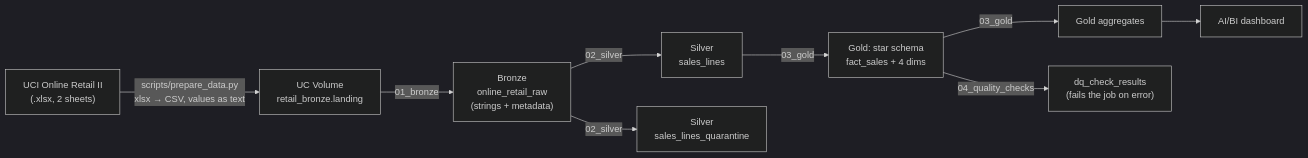
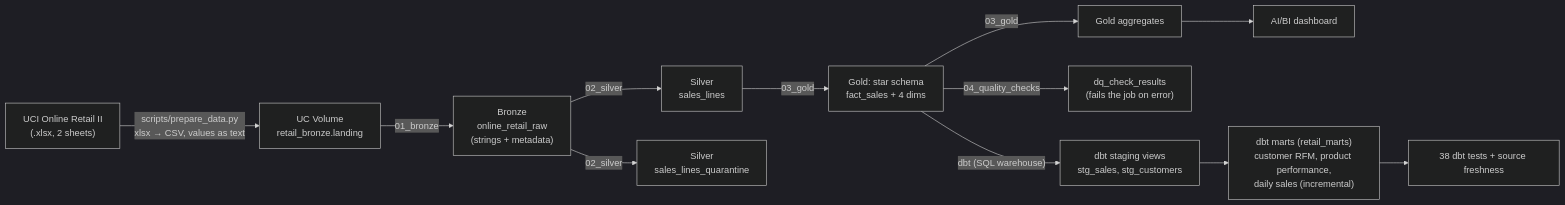
One commit to carlosgraterolp/retail-medallion-databricks changed the diagram in README.md. Above: the diagram before and after it, drawn with Mermaid (dark theme). The commit also changed other lines of this file and 21 other files, not shown here.

First line of the commit message:
Add dbt layer: customer RFM, product Pareto and incremental daily marts

````diff
--- a/README.md
+++ b/README.md
@@ -25,11 +27,14 @@
 ```mermaid
 flowchart LR
     A["UCI Online Retail II<br/>(.xlsx, 2 sheets)"] -->|scripts/prepare_data.py<br/>xlsx → CSV, values as text| B["UC Volume<br/>retail_bronze.landing"]
     B -->|01_bronze| C["Bronze<br/>online_retail_raw<br/>(strings + metadata)"]
     C -->|02_silver| D["Silver<br/>sales_lines"]
     C -->|02_silver| Q["Silver<br/>sales_lines_quarantine"]
     D -->|03_gold| E["Gold: star schema<br/>fact_sales + 4 dims"]
     E -->|03_gold| F["Gold aggregates"]
     E -->|04_quality_checks| G["dq_check_results<br/>(fails the job on error)"]
     F --> H["AI/BI dashboard"]
+    E -->|"dbt (SQL warehouse)"| S["dbt staging views<br/>stg_sales, stg_customers"]
+    S --> M["dbt marts (retail_marts)<br/>customer RFM, product performance,<br/>daily sales (incremental)"]
+    M --> T["38 dbt tests + source freshness"]
 ```
````
